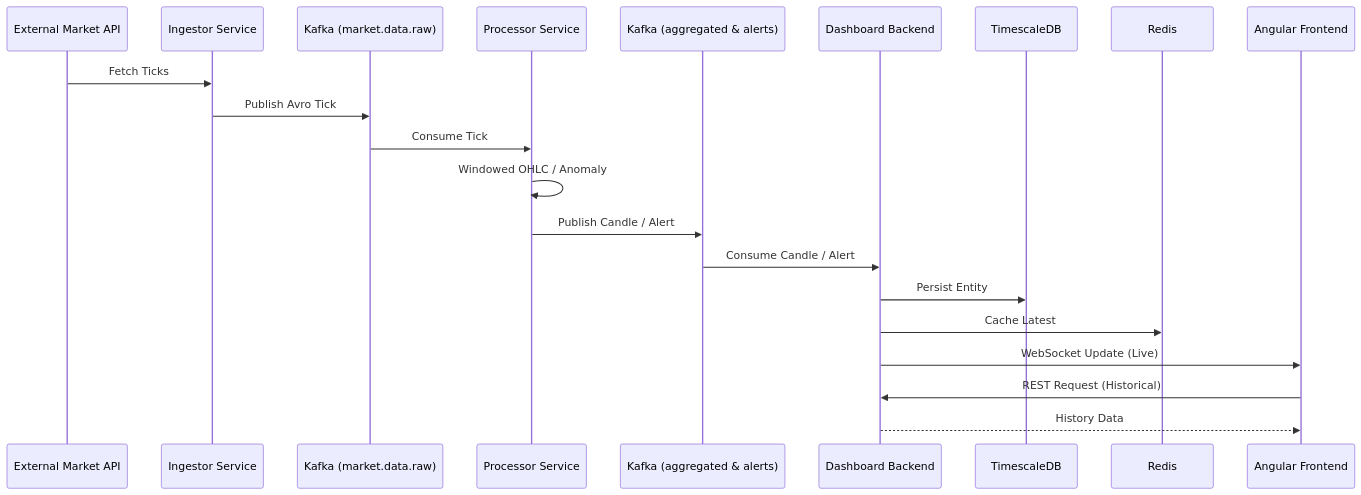
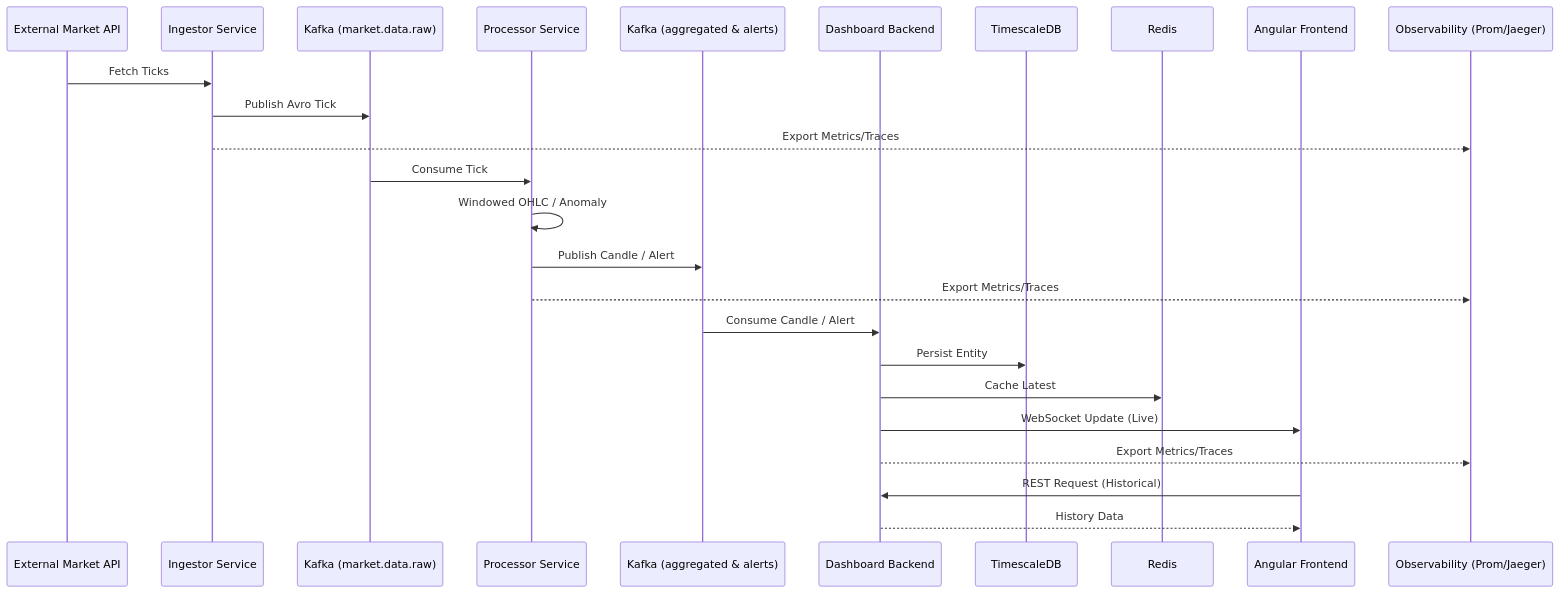
Before and after one commit to dawidbera/market-data-pipeline: the second of 2 diagrams in README.md, drawn with Mermaid. The commit also changed other lines of this file and 6 other files, not shown here.

Commit message:
feat(observability): add metrics and tracing with updated architecture diagrams

````diff
--- a/README.md
+++ b/README.md
@@ -61,24 +72,28 @@
 ```mermaid
 sequenceDiagram
     participant API as External Market API
     participant IS as Ingestor Service
     participant K as Kafka (market.data.raw)
     participant PS as Processor Service
     participant KA as Kafka (aggregated & alerts)
     participant DS as Dashboard Backend
     participant DB as TimescaleDB
     participant R as Redis
     participant FE as Angular Frontend
+    participant OBS as Observability (Prom/Jaeger)
 
     API->>IS: Fetch Ticks
     IS->>K: Publish Avro Tick
+    IS-->>OBS: Export Metrics/Traces
     K->>PS: Consume Tick
     PS->>PS: Windowed OHLC / Anomaly
     PS->>KA: Publish Candle / Alert
+    PS-->>OBS: Export Metrics/Traces
     KA->>DS: Consume Candle / Alert
     DS->>DB: Persist Entity
     DS->>R: Cache Latest
     DS->>FE: WebSocket Update (Live)
+    DS-->>OBS: Export Metrics/Traces
     FE->>DS: REST Request (Historical)
     DS-->>FE: History Data
 ```
````
